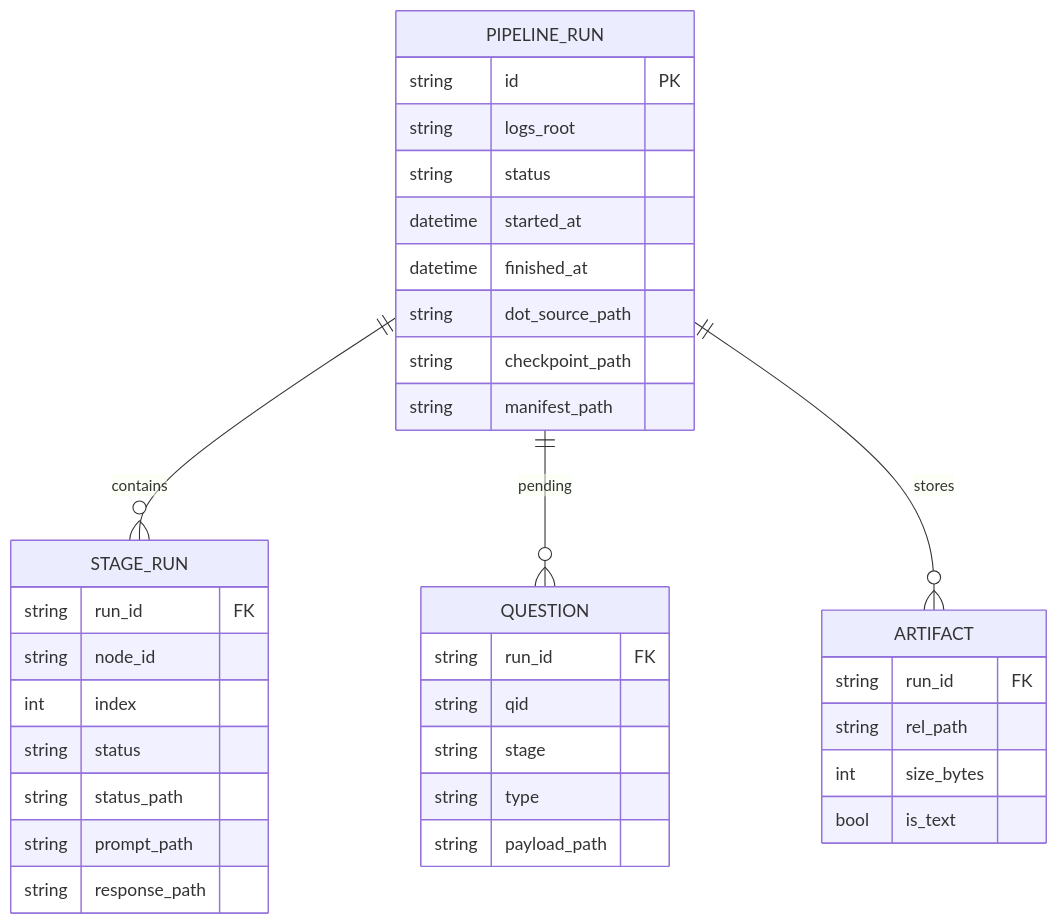
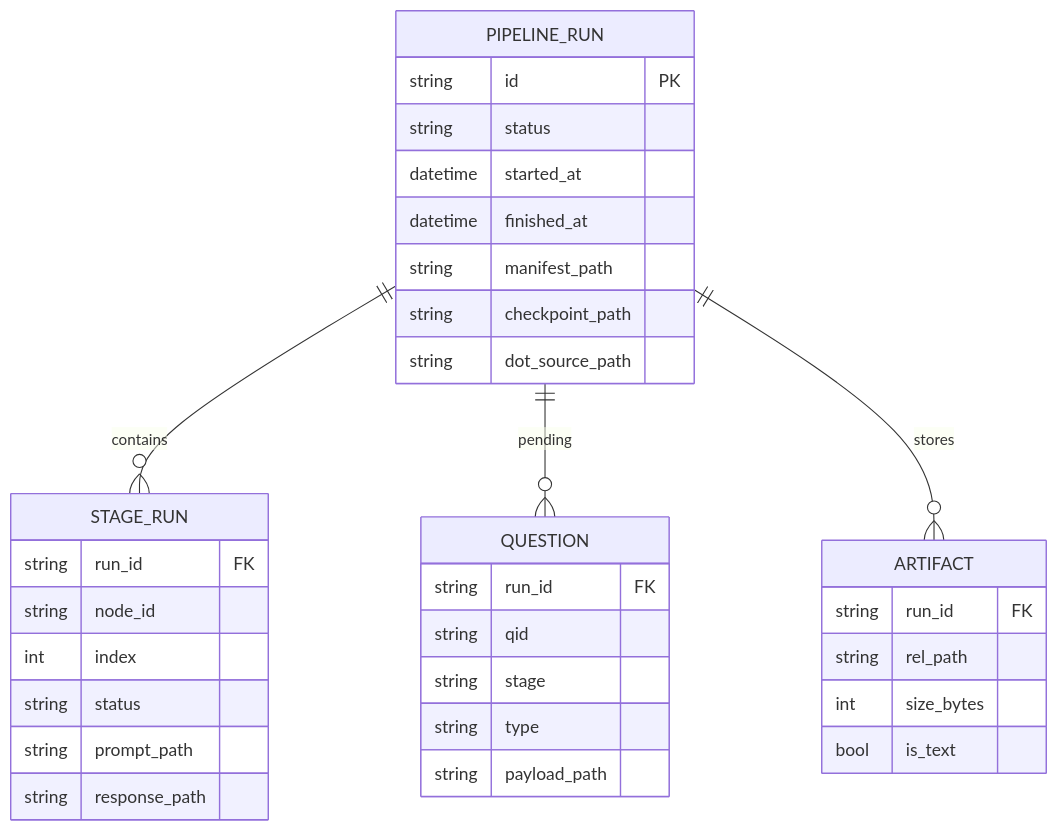
Before and after one commit to jaytaylor/attractor-php: the second of 6 diagrams in docs/sprints/SPRINT-002-attractor-php-web-dashboard.md, drawn with Mermaid. The commit also changed other lines of this file, not shown here.

````diff
--- a/docs/sprints/SPRINT-002-attractor-php-web-dashboard.md
+++ b/docs/sprints/SPRINT-002-attractor-php-web-dashboard.md
@@ -2012,43 +1363,41 @@
 ```mermaid
 %% Source: .scratch/mermaid/SPRINT-002/er.mmd
 erDiagram
   PIPELINE_RUN ||--o{ STAGE_RUN : contains
   PIPELINE_RUN ||--o{ QUESTION : pending
   PIPELINE_RUN ||--o{ ARTIFACT : stores
 
   PIPELINE_RUN {
     string id PK
-    string logs_root
     string status
     datetime started_at
     datetime finished_at
+    string manifest_path
+    string checkpoint_path
     string dot_source_path
-    string checkpoint_path
-    string manifest_path
   }
 
   STAGE_RUN {
     string run_id FK
     string node_id
     int index
     string status
-    string status_path
     string prompt_path
     string response_path
   }
 
   QUESTION {
     string run_id FK
     string qid
     string stage
     string type
     string payload_path
   }
 
   ARTIFACT {
     string run_id FK
     string rel_path
     int size_bytes
     bool is_text
   }
 ```
````
